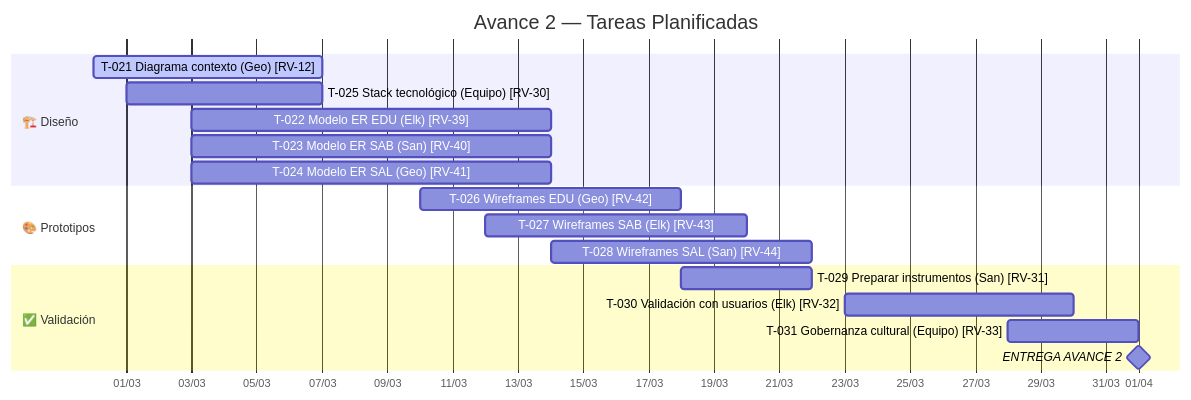
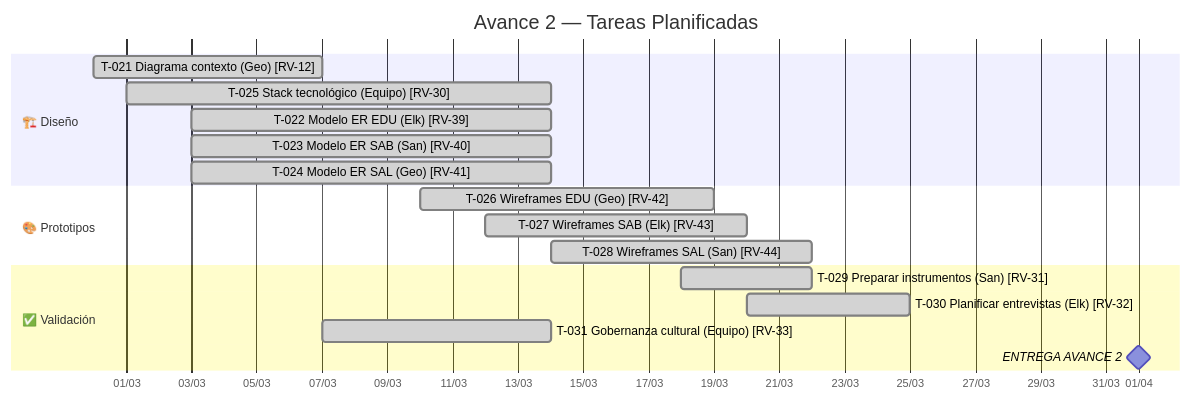
One commit to yonrasgg/RAICES_VIVAS changed the third of 3 diagrams in 00-Dashboard/Roadmap.md. Above: the diagram before and after it, drawn with Mermaid. The commit also changed other lines of this file and 17 other files, not shown here.

````diff
--- a/00-Dashboard/Roadmap.md
+++ b/00-Dashboard/Roadmap.md
@@ -92,25 +93,25 @@
 ```mermaid
 gantt
     title Avance 2 — Tareas Planificadas
     dateFormat YYYY-MM-DD
     axisFormat %d/%m
     todayMarker stroke-width:3px,stroke:#f66,opacity:0.8
 
     section 🏗️ Diseño
-    T-021 Diagrama contexto (Geo) [RV-12]  :active, t21, 2026-02-28, 2026-03-07
-    T-025 Stack tecnológico (Equipo) [RV-30]:        t25, 2026-03-01, 2026-03-07
-    T-022 Modelo ER EDU (Elk) [RV-39]      :        t22, 2026-03-03, 2026-03-14
-    T-023 Modelo ER SAB (San) [RV-40]      :        t23, 2026-03-03, 2026-03-14
-    T-024 Modelo ER SAL (Geo) [RV-41]      :        t24, 2026-03-03, 2026-03-14
+    T-021 Diagrama contexto (Geo) [RV-12]  :done,   t21, 2026-02-28, 2026-03-07
+    T-025 Stack tecnológico (Equipo) [RV-30]:done,  t25, 2026-03-01, 2026-03-14
+    T-022 Modelo ER EDU (Elk) [RV-39]      :done,   t22, 2026-03-03, 2026-03-14
+    T-023 Modelo ER SAB (San) [RV-40]      :done,   t23, 2026-03-03, 2026-03-14
+    T-024 Modelo ER SAL (Geo) [RV-41]      :done,   t24, 2026-03-03, 2026-03-14
 
     section 🎨 Prototipos
-    T-026 Wireframes EDU (Geo) [RV-42]     :        p1, 2026-03-10, 2026-03-18
-    T-027 Wireframes SAB (Elk) [RV-43]     :        p2, 2026-03-12, 2026-03-20
-    T-028 Wireframes SAL (San) [RV-44]     :        p3, 2026-03-14, 2026-03-22
+    T-026 Wireframes EDU (Geo) [RV-42]     :done,   p1, 2026-03-10, 2026-03-19
+    T-027 Wireframes SAB (Elk) [RV-43]     :done,   p2, 2026-03-12, 2026-03-20
+    T-028 Wireframes SAL (San) [RV-44]     :done,   p3, 2026-03-14, 2026-03-22
 
     section ✅ Validación
-    T-029 Preparar instrumentos (San) [RV-31]:       v1, 2026-03-18, 2026-03-22
-    T-030 Validación con usuarios (Elk) [RV-32]:     v2, 2026-03-23, 2026-03-30
-    T-031 Gobernanza cultural (Equipo) [RV-33]:      v3, 2026-03-28, 2026-04-01
+    T-029 Preparar instrumentos (San) [RV-31]:done,  v1, 2026-03-18, 2026-03-22
+    T-030 Planificar entrevistas (Elk) [RV-32]:done, v2, 2026-03-20, 2026-03-25
+    T-031 Gobernanza cultural (Equipo) [RV-33]:done, v3, 2026-03-07, 2026-03-14
     ENTREGA AVANCE 2                   :milestone, m2, 2026-04-01, 0d
 ```
````
